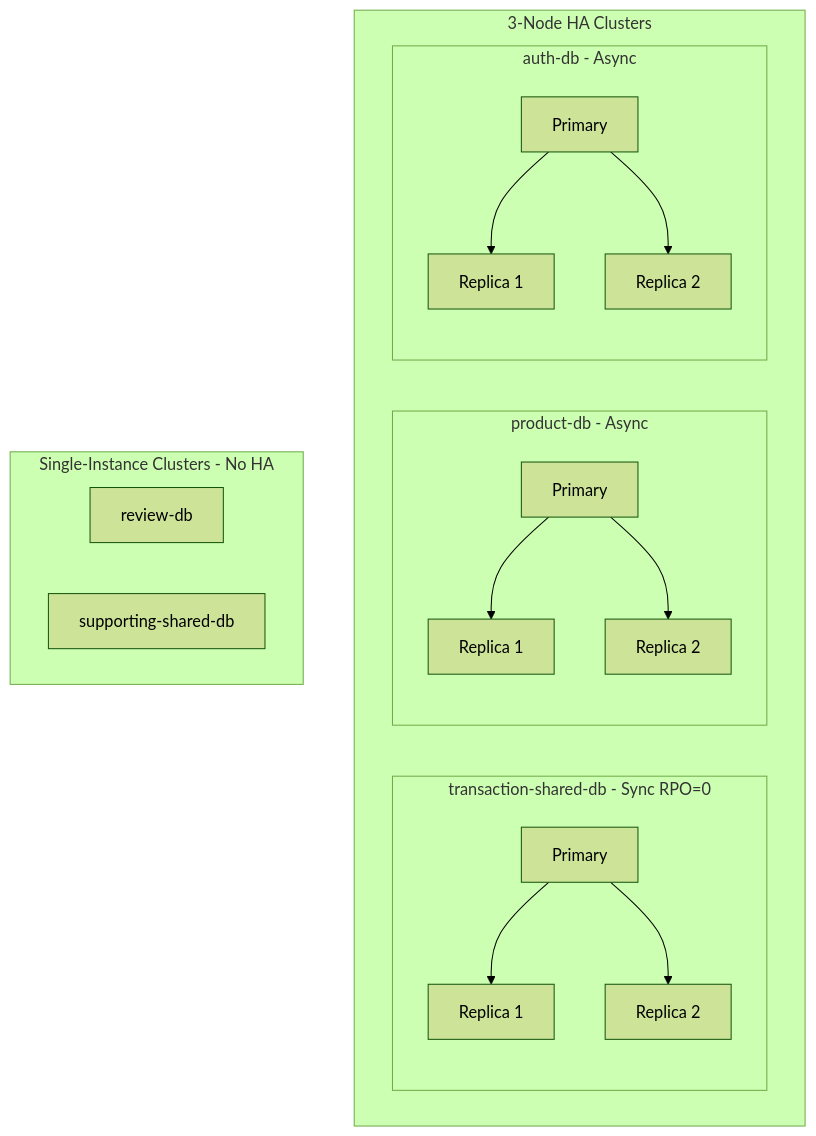
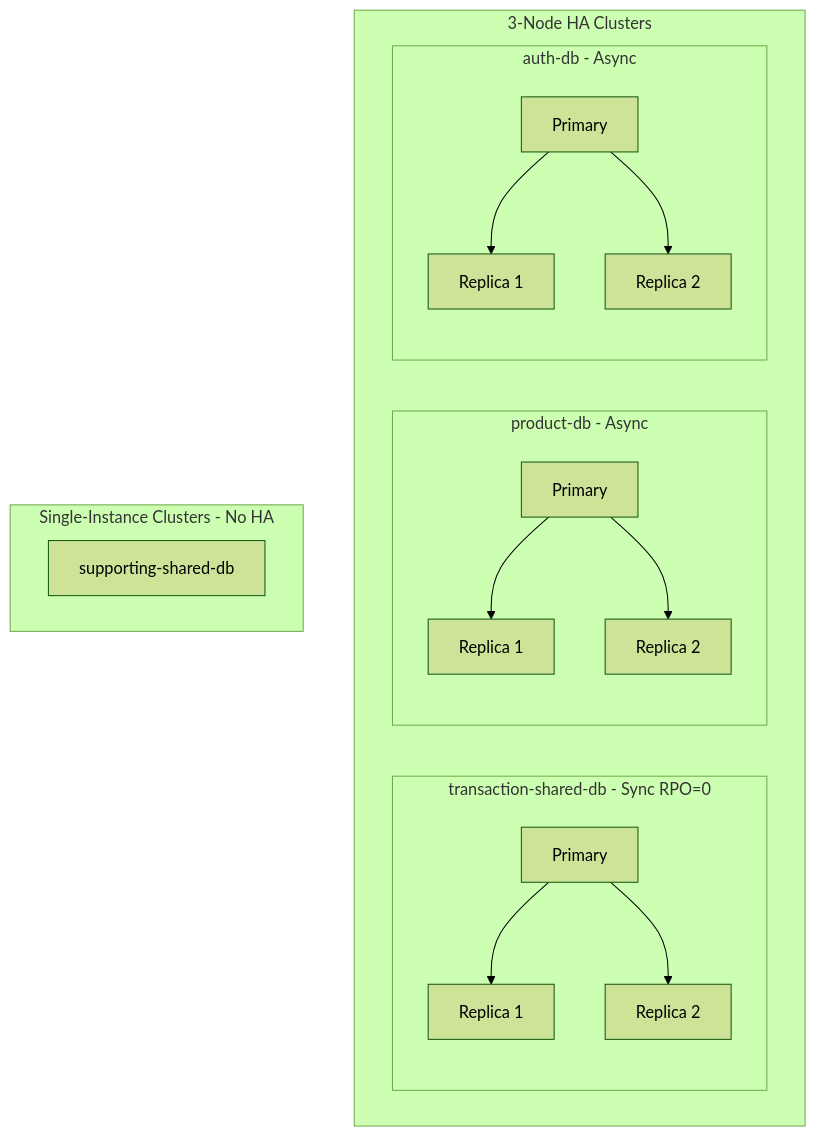
Before and after one commit to duynhlab/homelab: the first of 12 diagrams in docs/databases/replication_strategy.md, drawn with Mermaid (forest theme). The commit also changed other lines of this file and 12 other files, not shown here.

````diff
--- a/docs/databases/replication_strategy.md
+++ b/docs/databases/replication_strategy.md
@@ -19,31 +18,30 @@
 ```mermaid
 flowchart TB
     subgraph HA [3-Node HA Clusters]
         subgraph transaction [transaction-shared-db - Sync RPO=0]
             T1[Primary]
             T2[Replica 1]
             T3[Replica 2]
             T1 --> T2
             T1 --> T3
         end
         subgraph product [product-db - Async]
             P1[Primary]
             P2[Replica 1]
             P3[Replica 2]
             P1 --> P2
             P1 --> P3
         end
         subgraph auth [auth-db - Async]
             A1[Primary]
             A2[Replica 1]
             A3[Replica 2]
             A1 --> A2
             A1 --> A3
         end
     end
 
     subgraph Single [Single-Instance Clusters - No HA]
-        R1[review-db]
         S1[supporting-shared-db]
     end
 ```
````
